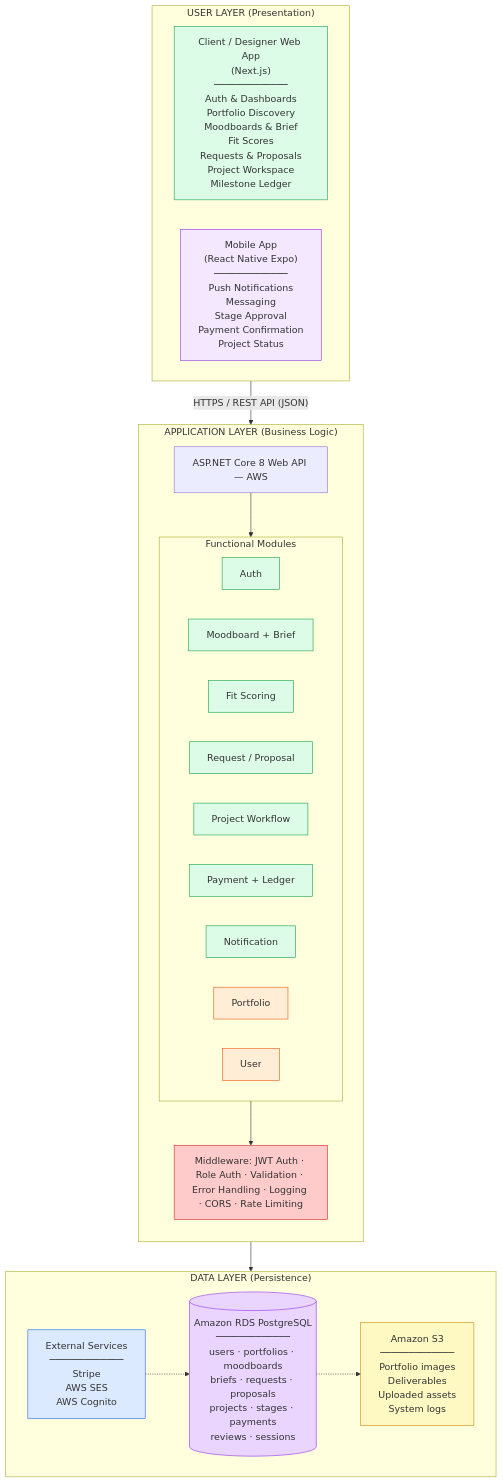
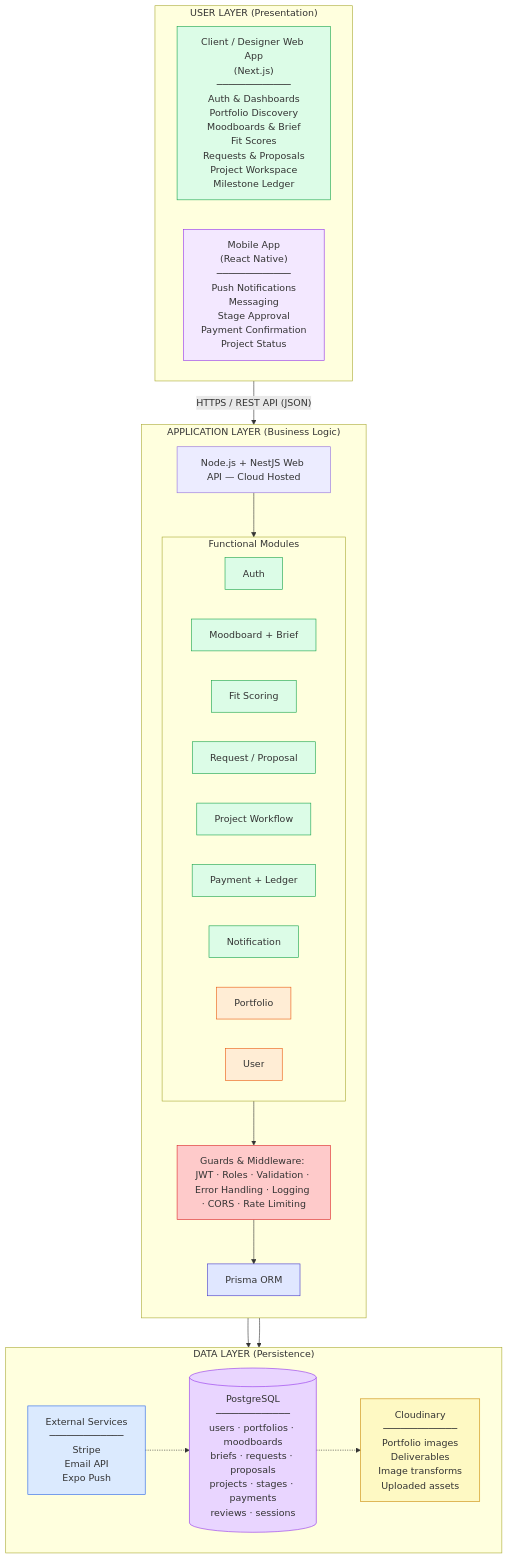
Before and after one commit to MNSBaanu/Inside: the second of 3 diagrams in docs/Proposal/diagrams/architecture-diagrams.md, drawn with Mermaid. The commit also changed other lines of this file and 4 other files, not shown here.

First line of the commit message:
docs(proposal): Add new architecture diagrams and update existing files

````diff
--- a/docs/Proposal/diagrams/architecture-diagrams.md
+++ b/docs/Proposal/diagrams/architecture-diagrams.md
@@ -114,57 +118,62 @@
 ```mermaid
 flowchart TB
     subgraph userLayer ["USER LAYER (Presentation)"]
         direction LR
         Web["Client / Designer Web App<br/>(Next.js)<br/>─────────────<br/>Auth & Dashboards<br/>Portfolio Discovery<br/>Moodboards & Brief<br/>Fit Scores<br/>Requests & Proposals<br/>Project Workspace<br/>Milestone Ledger"]
-        Mobile["Mobile App<br/>(React Native Expo)<br/>─────────────<br/>Push Notifications<br/>Messaging<br/>Stage Approval<br/>Payment Confirmation<br/>Project Status"]
+        Mobile["Mobile App<br/>(React Native)<br/>─────────────<br/>Push Notifications<br/>Messaging<br/>Stage Approval<br/>Payment Confirmation<br/>Project Status"]
     end
 
     userLayer -->|"HTTPS / REST API (JSON)"| appLayer
 
     subgraph appLayer ["APPLICATION LAYER (Business Logic)"]
         direction TB
-        API["ASP.NET Core 8 Web API — AWS"]
+        API["Node.js + NestJS Web API — Cloud Hosted"]
         subgraph modules ["Functional Modules"]
             direction LR
             M1["Auth"]
             M2["Moodboard + Brief"]
             M3["Fit Scoring"]
             M4["Request / Proposal"]
             M5["Project Workflow"]
             M6["Payment + Ledger"]
             M7["Notification"]
             M8["Portfolio"]
             M9["User"]
         end
-        MW["Middleware: JWT Auth · Role Auth · Validation · Error Handling · Logging · CORS · Rate Limiting"]
+        MW["Guards & Middleware: JWT · Roles · Validation · Error Handling · Logging · CORS · Rate Limiting"]
+        PR["Prisma ORM"]
         API --> modules
         modules --> MW
+        MW --> PR
     end
 
     appLayer --> dataLayer
 
     subgraph dataLayer ["DATA LAYER (Persistence)"]
         direction LR
-        Ext["External Services<br/>─────────────<br/>Stripe<br/>AWS SES<br/>AWS Cognito"]
-        DB[("Amazon RDS PostgreSQL<br/>─────────────<br/>users · portfolios · moodboards<br/>briefs · requests · proposals<br/>projects · stages · payments<br/>reviews · sessions")]
-        S3["Amazon S3<br/>─────────────<br/>Portfolio images<br/>Deliverables<br/>Uploaded assets<br/>System logs"]
+        Ext["External Services<br/>─────────────<br/>Stripe<br/>Email API<br/>Expo Push"]
+        DB[("PostgreSQL<br/>─────────────<br/>users · portfolios · moodboards<br/>briefs · requests · proposals<br/>projects · stages · payments<br/>reviews · sessions")]
+        CL["Cloudinary<br/>─────────────<br/>Portfolio images<br/>Deliverables<br/>Image transforms<br/>Uploaded assets"]
         Ext -.-> DB
-        DB -.-> S3
+        DB -.-> CL
     end
+
+    PR --> DB
 
     style Web fill:#dcfce7,stroke:#16a34a
     style Mobile fill:#f3e8ff,stroke:#9333ea
     style MW fill:#fecaca,stroke:#dc2626
+    style PR fill:#e0e7ff,stroke:#4338ca
     style M1 fill:#dcfce7,stroke:#16a34a
     style M2 fill:#dcfce7,stroke:#16a34a
     style M3 fill:#dcfce7,stroke:#16a34a
     style M4 fill:#dcfce7,stroke:#16a34a
     style M5 fill:#dcfce7,stroke:#16a34a
     style M6 fill:#dcfce7,stroke:#16a34a
     style M7 fill:#dcfce7,stroke:#16a34a
     style M8 fill:#ffedd5,stroke:#ea580c
     style M9 fill:#ffedd5,stroke:#ea580c
     style DB fill:#e9d5ff,stroke:#9333ea
     style Ext fill:#dbeafe,stroke:#2563eb
-    style S3 fill:#fef9c3,stroke:#ca8a04
+    style CL fill:#fef9c3,stroke:#ca8a04
 ```
````
